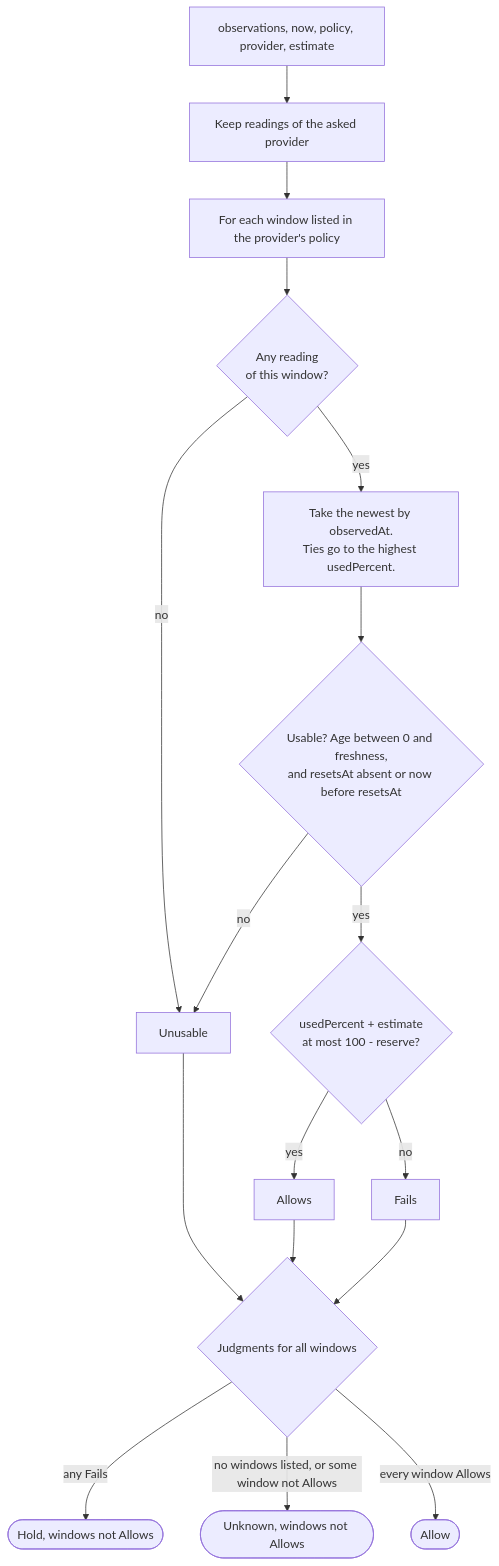
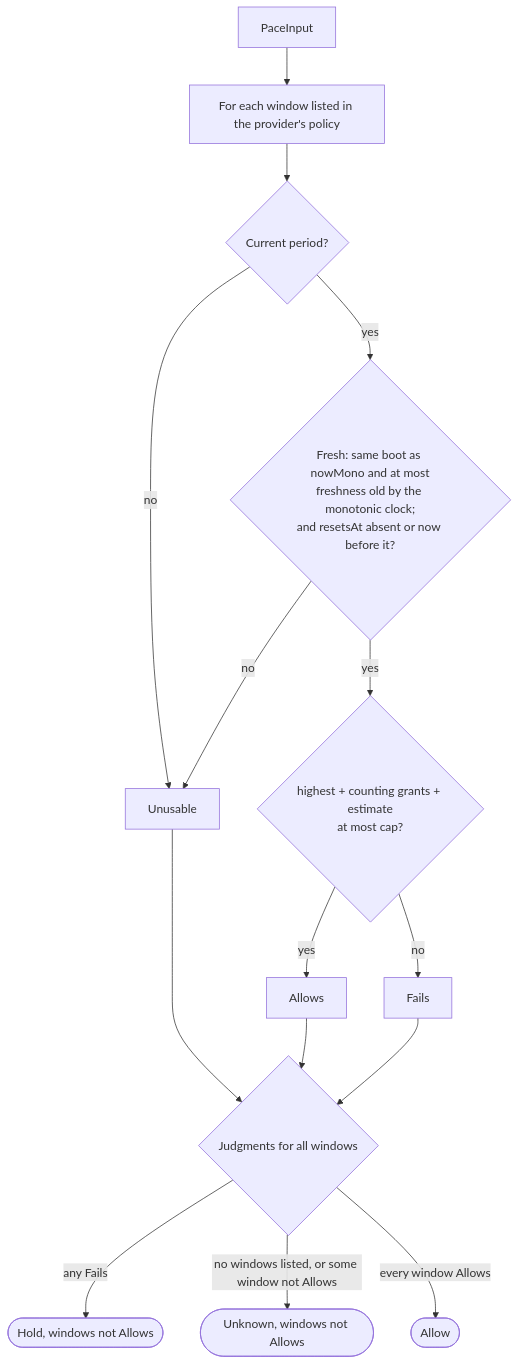
Before and after one commit to Ethan826/foreman: the third of 3 diagrams in src/features/README.md, drawn with Mermaid. The commit also changed other lines of this file and 5 other files, not shown here.

````diff
--- a/src/features/README.md
+++ b/src/features/README.md
@@ -32,19 +60,17 @@
 ```mermaid
 flowchart TD
-    start["observations, now, policy, provider, estimate"] --> byProvider["Keep readings of the asked provider"]
-    byProvider --> perWindow["For each window listed in the provider's policy"]
-    perWindow --> any{"Any reading<br/>of this window?"}
+    start["PaceInput"] --> perWindow["For each window listed in the provider's policy"]
+    perWindow --> any{"Current period?"}
     any -- no --> unusable["Unusable"]
-    any -- yes --> newest["Take the newest by observedAt.<br/>Ties go to the highest usedPercent."]
-    newest --> usable{"Usable? Age between 0 and freshness,<br/>and resetsAt absent or now before resetsAt"}
+    any -- yes --> usable{"Fresh: same boot as nowMono and at most<br/>freshness old by the monotonic clock;<br/>and resetsAt absent or now before it?"}
     usable -- no --> unusable
-    usable -- yes --> fits{"usedPercent + estimate<br/>at most 100 - reserve?"}
+    usable -- yes --> fits{"highest + counting grants + estimate<br/>at most cap?"}
     fits -- yes --> allows["Allows"]
     fits -- no --> fails["Fails"]
     allows --> decide{"Judgments for all windows"}
     fails --> decide
     unusable --> decide
     decide -- "any Fails" --> hold(["Hold, windows not Allows"])
     decide -- "no windows listed, or some window not Allows" --> unknown(["Unknown, windows not Allows"])
     decide -- "every window Allows" --> allow(["Allow"])
 ```
````
